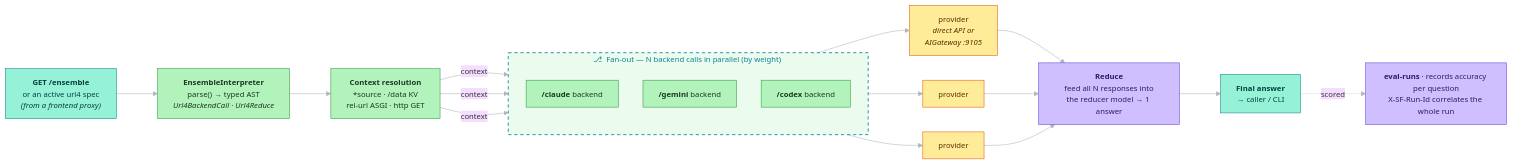
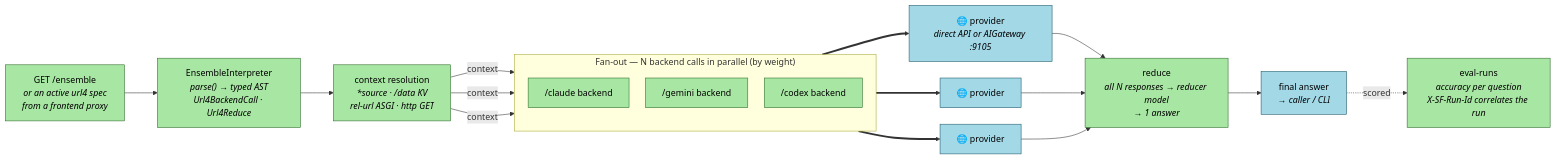
Before and after one commit to OpenMined/screamingface: the first of 2 diagrams in docs/ARCHITECTURE.md, drawn with Mermaid. The commit also changed other lines of this file, not shown here.

First line of the commit message:
docs: restyle ARCHITECTURE.md mermaid diagrams to repo convention (SF-346)

````diff
--- a/docs/ARCHITECTURE.md
+++ b/docs/ARCHITECTURE.md
@@ -75,34 +75,45 @@
 ```mermaid
-%%{init: {'theme':'base','themeVariables':{'fontFamily':'ui-sans-serif, system-ui, -apple-system, sans-serif','fontSize':'14px','lineColor':'#adb5bd'},'flowchart':{'curve':'basis','htmlLabels':true,'padding':14,'nodeSpacing':45,'rankSpacing':75}}}%%
+%%{init: {'flowchart': {'rankSpacing': 60, 'nodeSpacing': 30}}}%%
 flowchart LR
-  IN["<b>GET /ensemble</b><br/>or an active url4 spec<br/><i>(from a frontend proxy)</i>"]:::teal
-  P["<b>EnsembleInterpreter</b><br/>parse() → typed AST<br/><i>Url4BackendCall · Url4Reduce</i>"]:::green
-  C["<b>Context resolution</b><br/>*source · /data KV<br/>rel-url ASGI · http GET"]:::green
-  subgraph FO["&nbsp;⎇&nbsp; Fan-out — N backend calls in parallel (by weight) &nbsp;"]
-    direction TB
-    B1["<b>/claude</b> backend"]:::green
-    B2["<b>/gemini</b> backend"]:::green
-    B3["<b>/codex</b> backend"]:::green
-  end
-  G1["provider<br/><i>direct API or<br/>AIGateway :9105</i>"]:::amber
-  G2["provider"]:::amber
-  G3["provider"]:::amber
-  R["<b>Reduce</b><br/>feed all N responses into<br/>the reducer model → 1 answer"]:::violet
-  OUT["<b>Final answer</b><br/>→ caller / CLI"]:::teal
-  EV["<b>eval-runs</b> · records accuracy per question<br/>X-SF-Run-Id correlates the whole run"]:::violet
+    %% ── Entry: parse + context resolution ─────────────────────────────
+    ensemble_in["GET /ensemble<br/><i>or an active url4 spec<br/>from a frontend proxy</i>"]
+    interpreter["EnsembleInterpreter<br/><i>parse() → typed AST<br/>Url4BackendCall · Url4Reduce</i>"]
+    context["context resolution<br/><i>*source · /data KV<br/>rel-url ASGI · http GET</i>"]
 
-  IN --> P --> C
-  C -->|context| B1
-  C -->|context| B2
-  C -->|context| B3
-  B1 --> G1 --> R
-  B2 --> G2 --> R
-  B3 --> G3 --> R
-  R --> OUT -.->|scored| EV
+    %% ── Fan-out: N backend calls in parallel ──────────────────────────
+    subgraph FO["Fan-out — N backend calls in parallel (by weight)"]
+        direction TB
+        claude_call["/claude backend"]
+        gemini_call["/gemini backend"]
+        codex_call["/codex backend"]
+    end
 
-  classDef green fill:#b2f2bb,stroke:#2f9e44,color:#1b3a23;
-  classDef amber fill:#ffec99,stroke:#e8590c,color:#5c2e00;
-  classDef violet fill:#d0bfff,stroke:#6741d9,color:#2d1a66;
-  classDef teal fill:#96f2d7,stroke:#0c8599,color:#06403f;
-  style FO fill:#ebfbee,stroke:#0c8599,stroke-width:1.5px,stroke-dasharray:6 5,color:#0c8599;
+    %% ── Providers, reduce, eval ───────────────────────────────────────
+    claude_provider["🌐 provider<br/><i>direct API or AIGateway :9105</i>"]
+    gemini_provider["🌐 provider"]
+    codex_provider["🌐 provider"]
+    reduce["reduce<br/><i>all N responses → reducer model<br/>→ 1 answer</i>"]
+    answer["final answer<br/><i>→ caller / CLI</i>"]
+    eval_runs["eval-runs<br/><i>accuracy per question<br/>X-SF-Run-Id correlates the run</i>"]
+
+    %% ── Flow edges ────────────────────────────────────────────────────
+    ensemble_in --> interpreter --> context
+    context -->|context| claude_call
+    context -->|context| gemini_call
+    context -->|context| codex_call
+
+    %% ── Runtime call edges (HTTP to providers) ────────────────────────
+    claude_call ==> claude_provider
+    gemini_call ==> gemini_provider
+    codex_call ==> codex_provider
+    claude_provider --> reduce
+    gemini_provider --> reduce
+    codex_provider --> reduce
+    reduce --> answer -.->|scored| eval_runs
+
+    classDef standalone fill:#a8e6a3,stroke:#2d6a2a,color:#000
+    classDef external fill:#a3d8e6,stroke:#1e5868,color:#000
+
+    class ensemble_in,interpreter,context,claude_call,gemini_call,codex_call,reduce,eval_runs standalone
+    class answer,claude_provider,gemini_provider,codex_provider external
 ```
````
